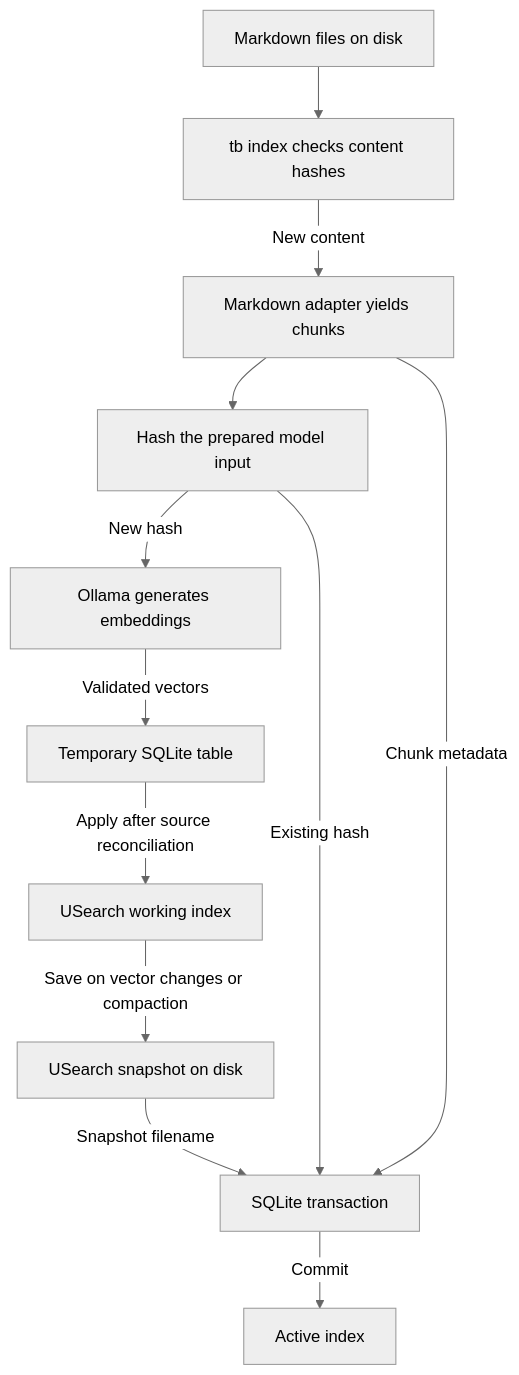
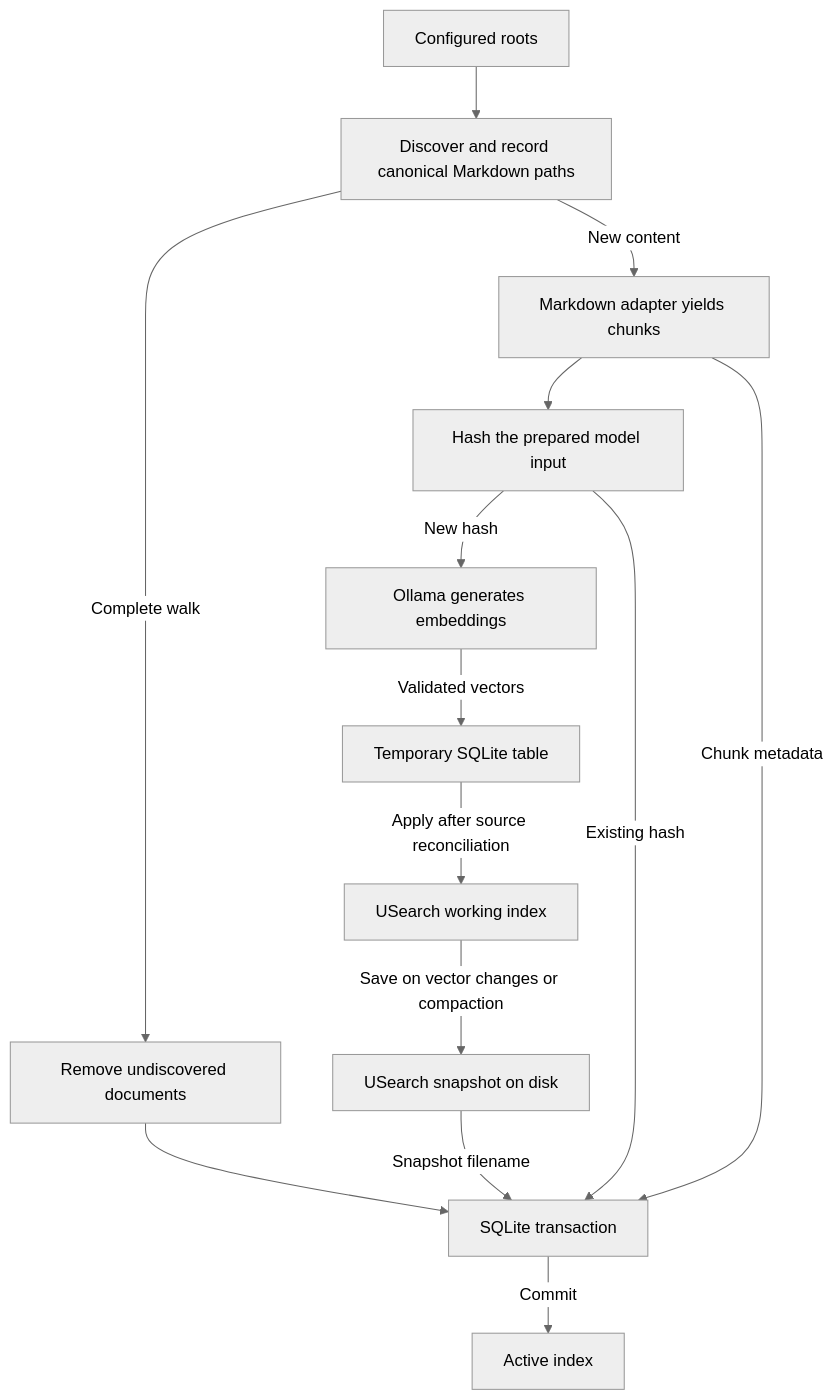
Before and after one commit to cleg/Trombone: the diagram in README.md, drawn with Mermaid (neutral theme). The commit also changed other lines of this file and 21 other files, not shown here.

````diff
--- a/README.md
+++ b/README.md
@@ -57,14 +59,16 @@
 ```mermaid
 flowchart TD
-    files["Markdown files on disk"] --> walk["tb index checks content hashes"]
+    files["Configured roots"] --> walk["Discover and record canonical Markdown paths"]
+    walk -->|Complete walk| cleanup["Remove undiscovered documents"]
+    cleanup --> rows
     walk -->|New content| chunk["Markdown adapter yields chunks"]
     chunk --> input["Hash the prepared model input"]
     input -->|New hash| ollama["Ollama generates embeddings"]
     input -->|Existing hash| rows
     chunk -->|Chunk metadata| rows["SQLite transaction"]
     ollama -->|Validated vectors| staged["Temporary SQLite table"]
     staged -->|Apply after source reconciliation| working["USearch working index"]
     working -->|Save on vector changes or compaction| snapshot["USearch snapshot on disk"]
     snapshot -->|Snapshot filename| rows
     rows -->|Commit| active["Active index"]
 ```
````
